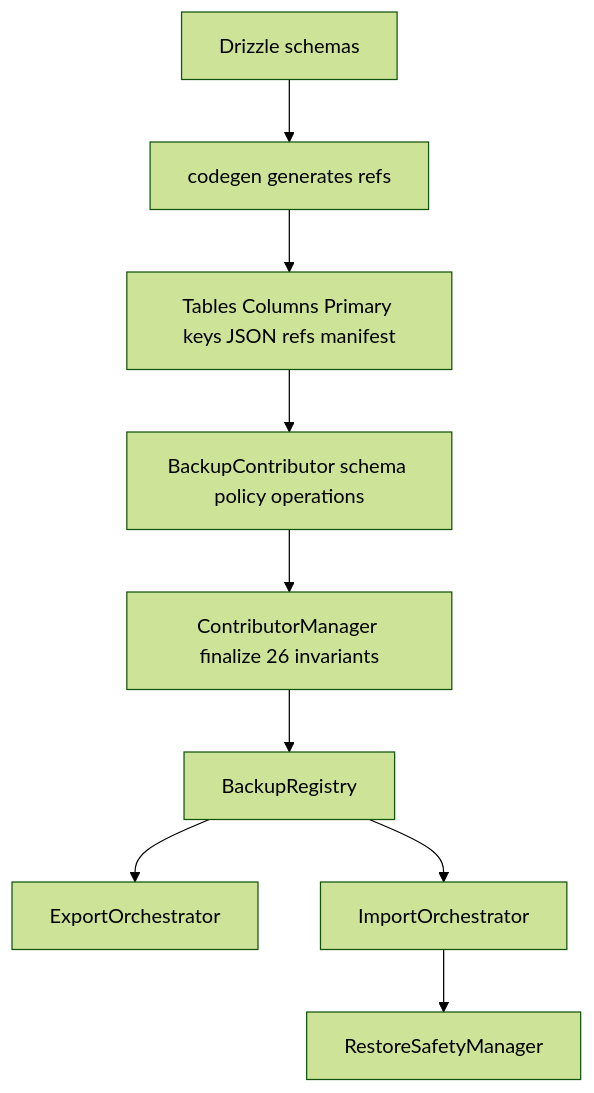
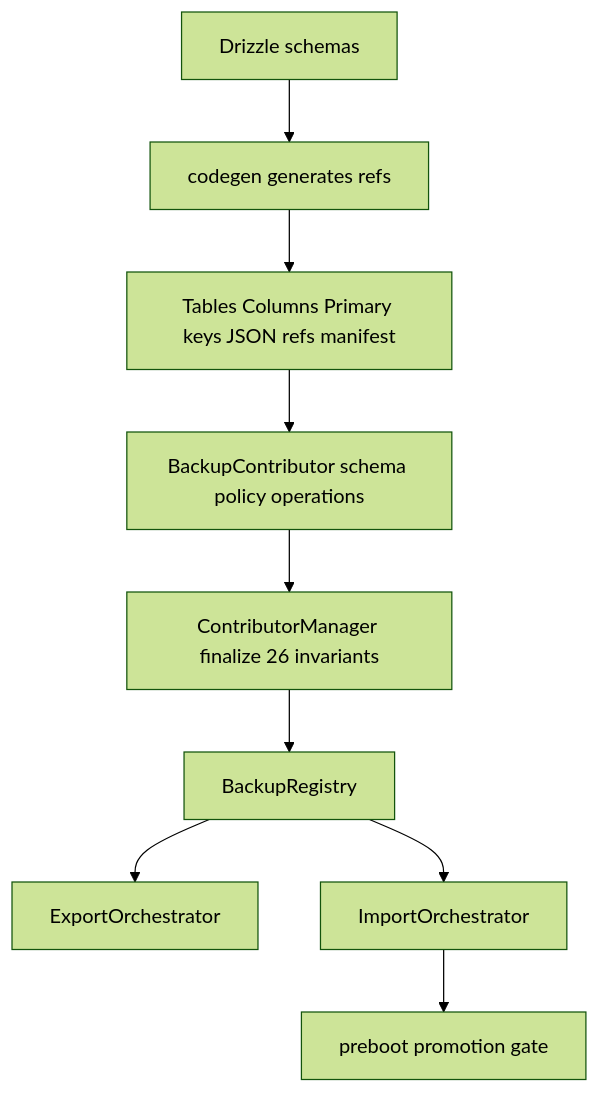
One commit to CherryHQ/cherry-studio changed the second of 5 diagrams in docs/references/backup/backup-architecture.md. Above: the diagram before and after it, drawn with Mermaid (forest theme). The commit also changed other lines of this file and 6 other files, not shown here.

````diff
--- a/docs/references/backup/backup-architecture.md
+++ b/docs/references/backup/backup-architecture.md
@@ -117,11 +118,11 @@
 ```mermaid
 flowchart TB
   D[Drizzle schemas] --> CG[codegen generates refs]
   CG --> T[Tables Columns Primary keys JSON refs manifest]
   T --> BC[BackupContributor schema policy operations]
   BC --> CM[ContributorManager finalize 26 invariants]
   CM --> BR[BackupRegistry]
   BR --> EX[ExportOrchestrator]
   BR --> IM[ImportOrchestrator]
-  IM --> RS[RestoreSafetyManager]
+  IM --> PG[preboot promotion gate]
 ```
````
